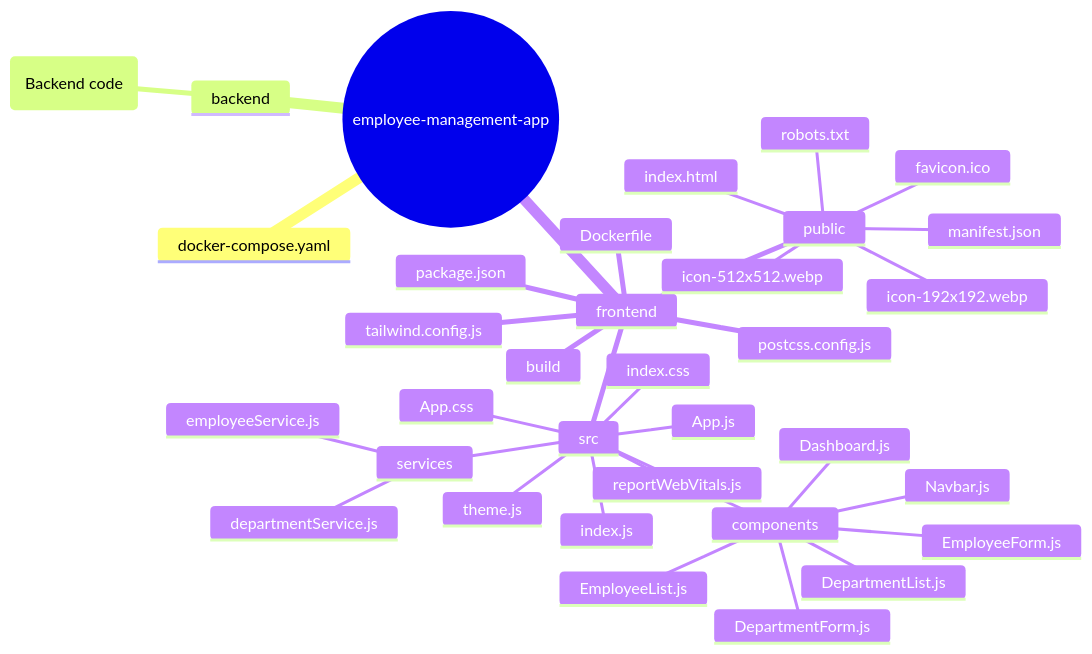
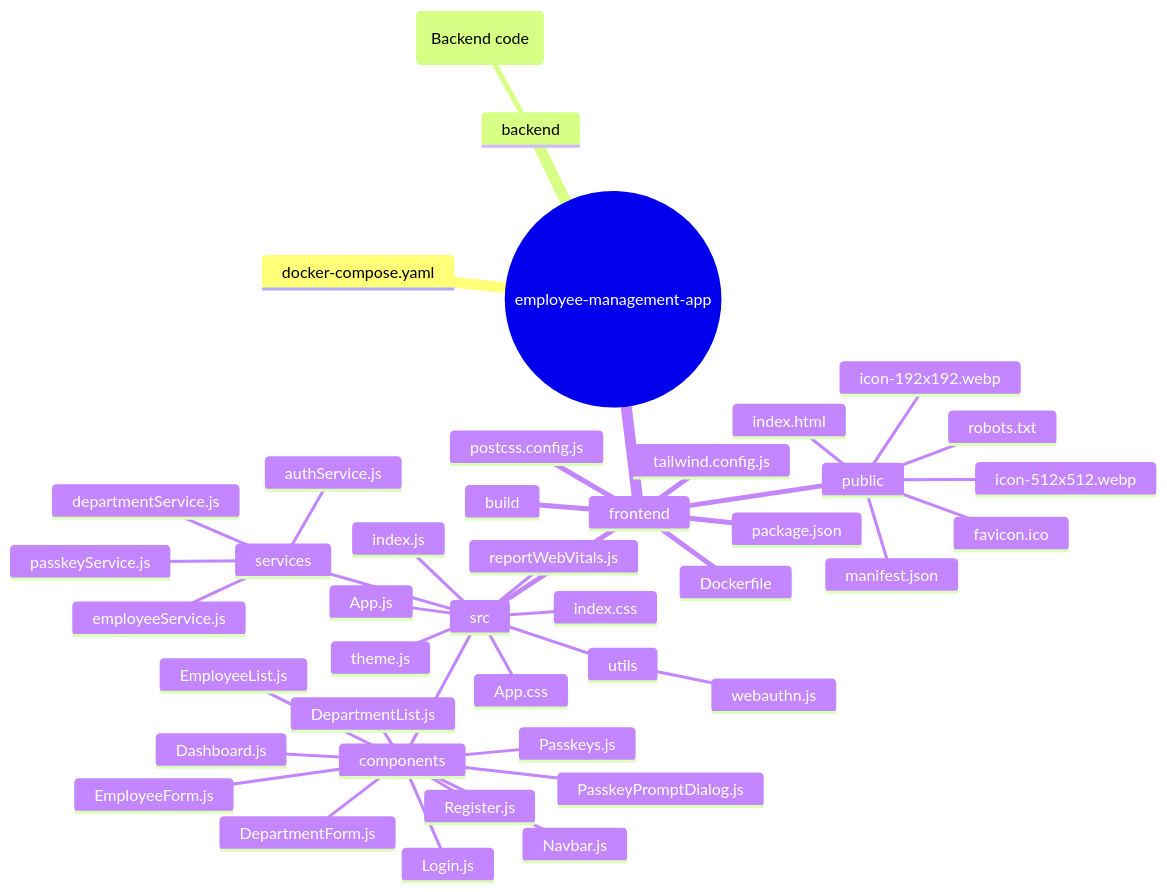
Before and after one commit to hoangsonww/Employee-Management-Fullstack-App: the diagram in frontend/README.md, drawn with Mermaid. The commit also changed other lines of this file and 5 other files, not shown here.

````diff
--- a/frontend/README.md
+++ b/frontend/README.md
@@ -11,37 +11,45 @@
 ```mermaid
 mindmap
   root((employee-management-app))
     docker-compose.yaml
     backend
       (Backend code)
     frontend
       build
       public
         index.html
         favicon.ico
         manifest.json
         robots.txt
         icon-192x192.webp
         icon-512x512.webp
       src
         components
           Dashboard.js
           EmployeeList.js
           EmployeeForm.js
           DepartmentList.js
           DepartmentForm.js
           Navbar.js
+          Login.js
+          Register.js
+          Passkeys.js
+          PasskeyPromptDialog.js
         services
           employeeService.js
           departmentService.js
+          authService.js
+          passkeyService.js
+        utils
+          webauthn.js
         App.js
         index.js
         index.css
         reportWebVitals.js
         App.css
         theme.js
       Dockerfile
       postcss.config.js
       tailwind.config.js
       package.json
 ```
````
